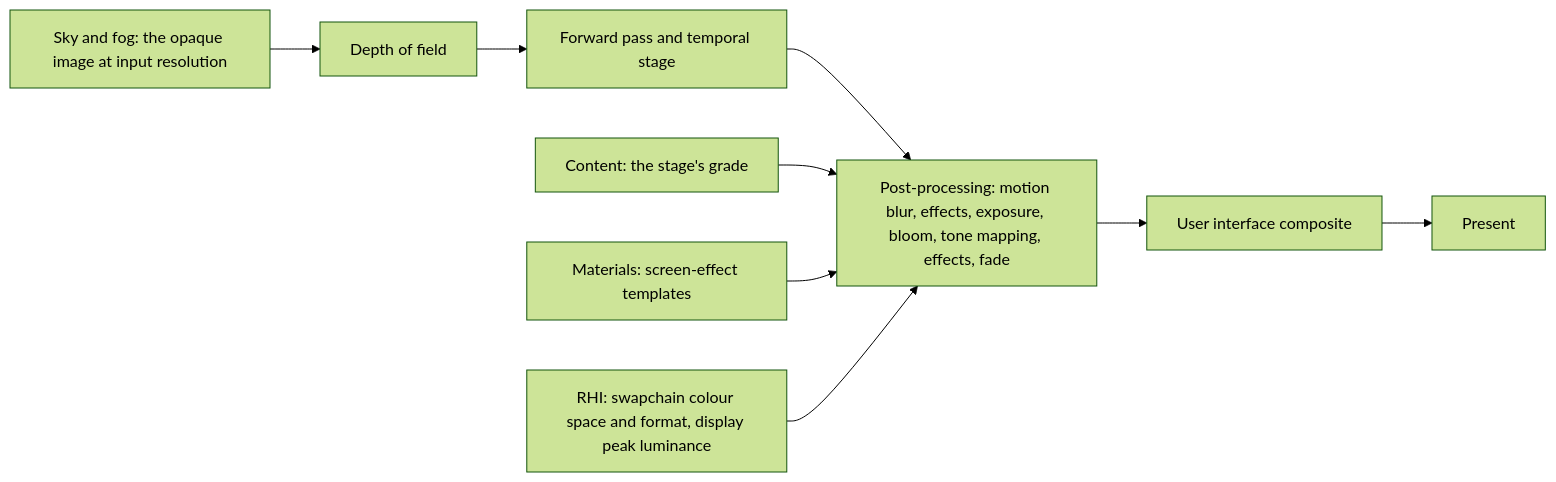
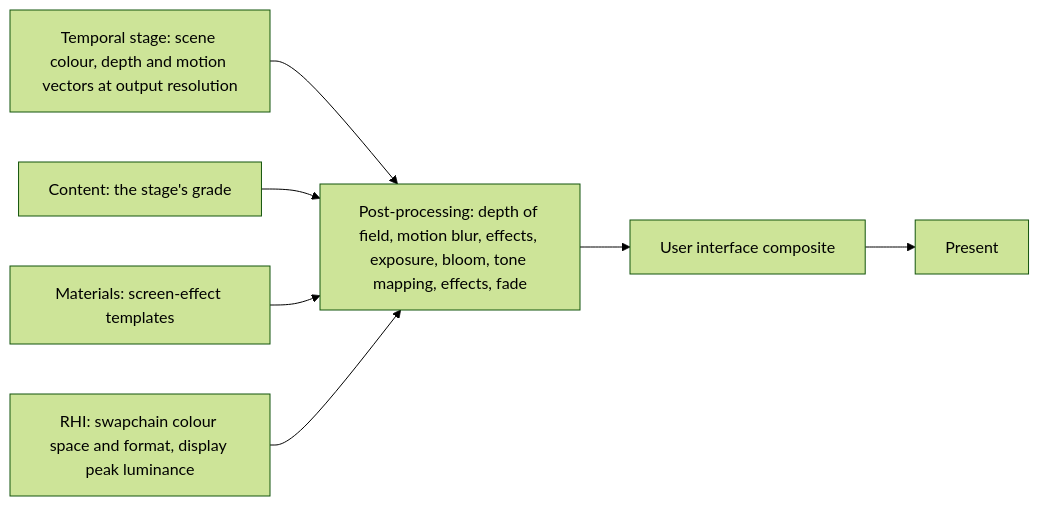
Before and after one commit to plainsight-systems/bullet-witch: the first of 3 diagrams in docs/architecture/post-processing.md, drawn with Mermaid (forest theme). The commit also changed other lines of this file and 13 other files, not shown here.

````diff
--- a/docs/architecture/post-processing.md
+++ b/docs/architecture/post-processing.md
@@ -26,11 +26,9 @@
 ```mermaid
 flowchart LR
-    SF["Sky and fog: the opaque image at input resolution"] --> DF["Depth of field"]
-    DF --> FW["Forward pass and temporal stage"]
-    FW --> PP["Post-processing: motion blur, effects, exposure, bloom, tone mapping, effects, fade"]
+    TS["Temporal stage: scene colour, depth and motion vectors at output resolution"] --> PP["Post-processing: depth of field, motion blur, effects, exposure, bloom, tone mapping, effects, fade"]
     GR["Content: the stage's grade"] --> PP
     SE["Materials: screen-effect templates"] --> PP
     RHI["RHI: swapchain colour space and format, display peak luminance"] --> PP
     PP --> UI["User interface composite"]
     UI --> PR["Present"]
 ```
````
